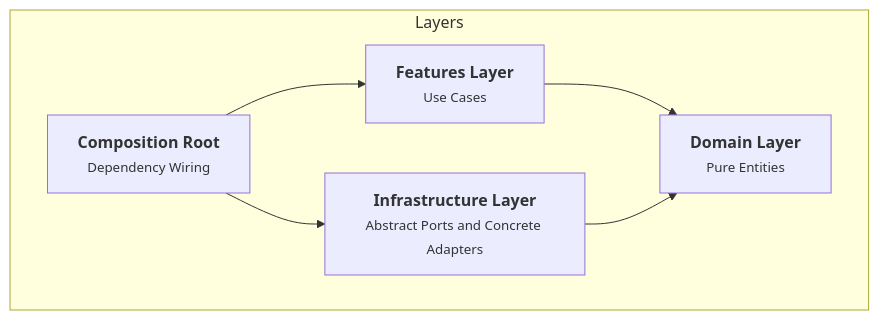
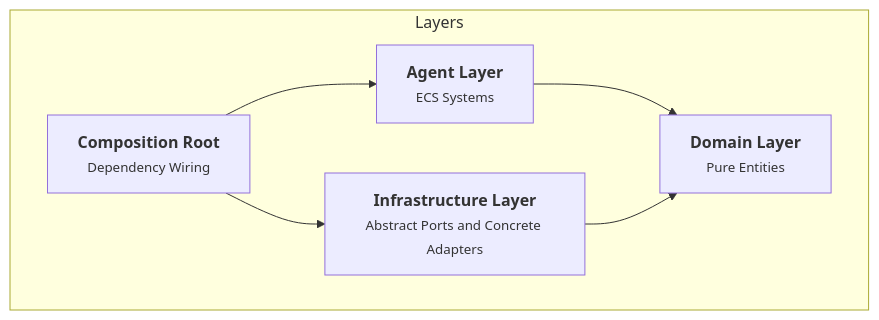
Before and after one commit to malbq/whatsapp-agents: the third of 3 diagrams in spec/systemPatterns.md, drawn with Mermaid. The commit also changed other lines of this file and 91 other files, not shown here.

````diff
--- a/spec/systemPatterns.md
+++ b/spec/systemPatterns.md
@@ -78,14 +141,14 @@
 ```mermaid
 graph TD
     subgraph "Layers"
         C[<strong>Composition Root</strong><br/><small>Dependency Wiring</small>]
-        F[<strong>Features Layer</strong><br/><small>Use Cases</small>]
+        A[<strong>Agent Layer</strong><br/><small>ECS Systems</small>]
         I[<strong>Infrastructure Layer</strong><br/><small>Abstract Ports and Concrete Adapters</small>]
         D[<strong>Domain Layer</strong><br/><small>Pure Entities</small>]
     end
 
-    C --> F
+    C --> A
     C --> I
-    F --> D
+    A --> D
     I --> D
 ```
````
